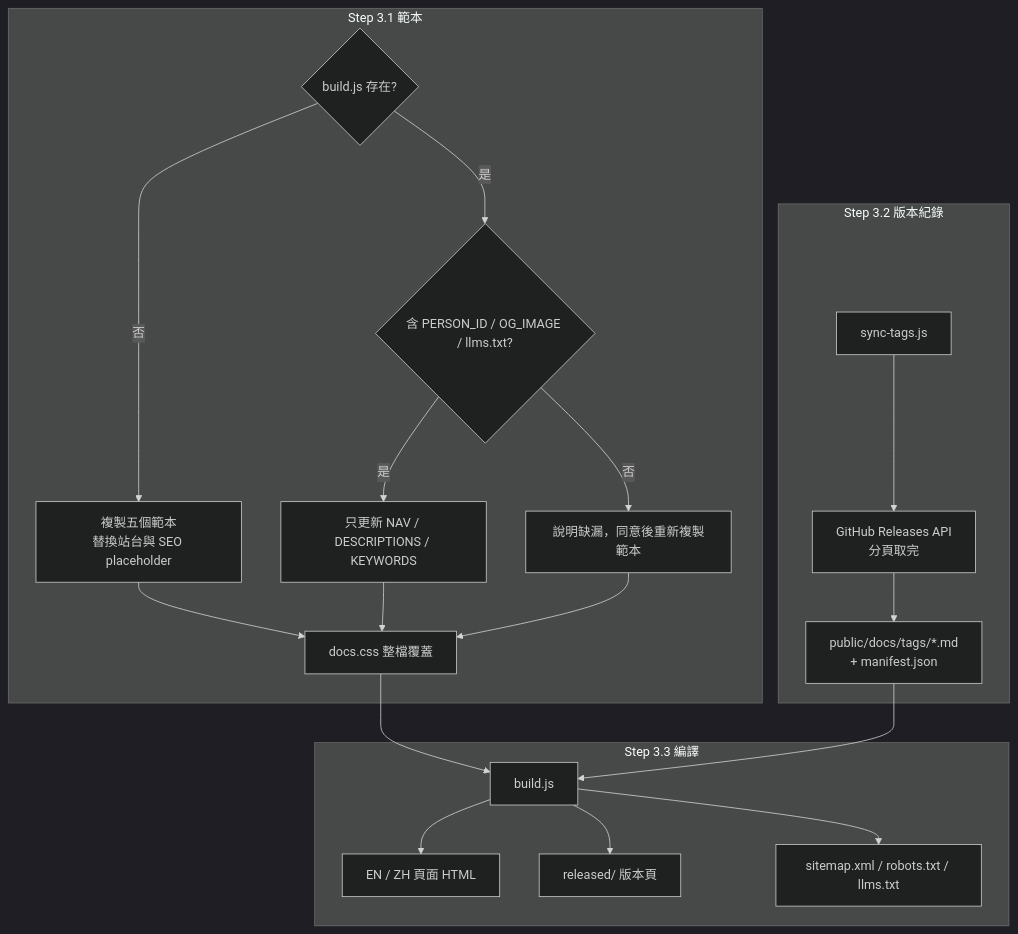
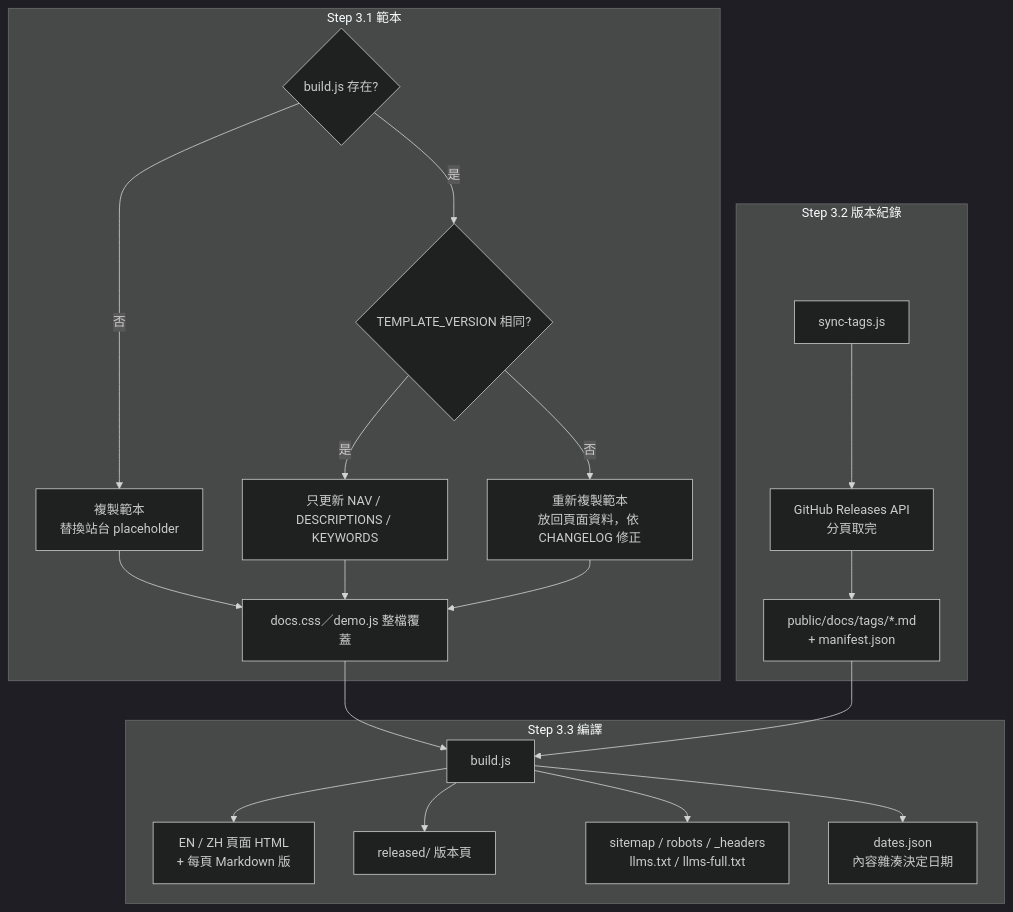
The sixth of 9 diagrams in doc/architecture.zh.md (agenvoy/skill-wiki-generate), drawn with Mermaid (dark theme) before and after one commit. The commit also changed other lines of this file and 13 other files, not shown here.

````diff
--- a/doc/architecture.zh.md
+++ b/doc/architecture.zh.md
@@ -88,23 +110,24 @@
 ```mermaid
 graph TB
     subgraph Scaffold[Step 3.1 範本]
-        S1{build.js 存在?} -->|否| S2[複製五個範本<br/>替換站台與 SEO placeholder]
-        S1 -->|是| S3{含 PERSON_ID / OG_IMAGE / llms.txt?}
+        S1{build.js 存在?} -->|否| S2[複製範本<br/>替換站台 placeholder]
+        S1 -->|是| S3{TEMPLATE_VERSION 相同?}
         S3 -->|是| S4[只更新 NAV / DESCRIPTIONS / KEYWORDS]
-        S3 -->|否| S5[說明缺漏，同意後重新複製範本]
-        S2 --> S6[docs.css 整檔覆蓋]
+        S3 -->|否| S5[重新複製範本<br/>放回頁面資料，依 CHANGELOG 修正]
+        S2 --> S6[docs.css／demo.js 整檔覆蓋]
         S4 --> S6
         S5 --> S6
     end
     subgraph Release[Step 3.2 版本紀錄]
         R1[sync-tags.js] --> R2[GitHub Releases API<br/>分頁取完]
         R2 --> R3[public/docs/tags/*.md<br/>+ manifest.json]
     end
     subgraph Compile[Step 3.3 編譯]
-        B1[build.js] --> B2[EN / ZH 頁面 HTML]
+        B1[build.js] --> B2[EN / ZH 頁面 HTML<br/>+ 每頁 Markdown 版]
         B1 --> B3[released/ 版本頁]
-        B1 --> B4[sitemap.xml / robots.txt / llms.txt]
+        B1 --> B4[sitemap / robots / _headers<br/>llms.txt / llms-full.txt]
+        B1 --> B5[dates.json<br/>內容雜湊決定日期]
     end
     S6 --> B1
     R3 --> B1
 ```
````
